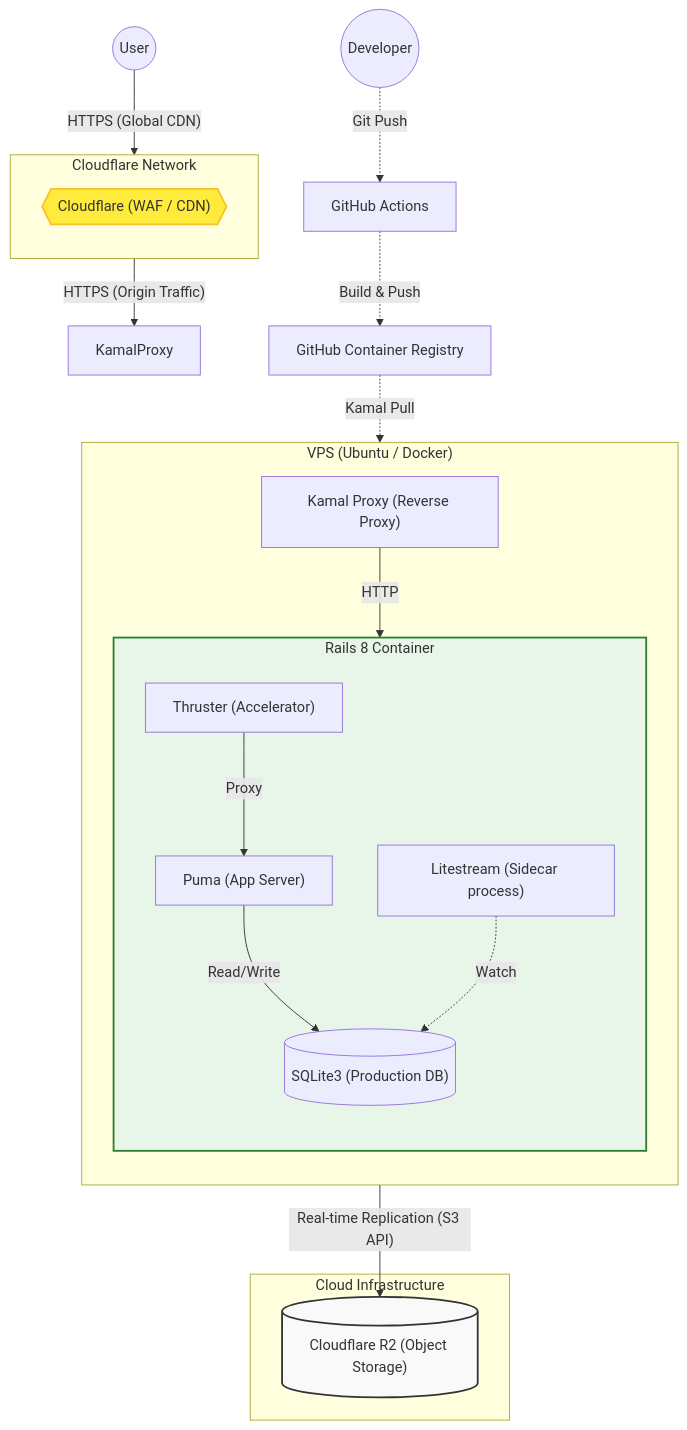
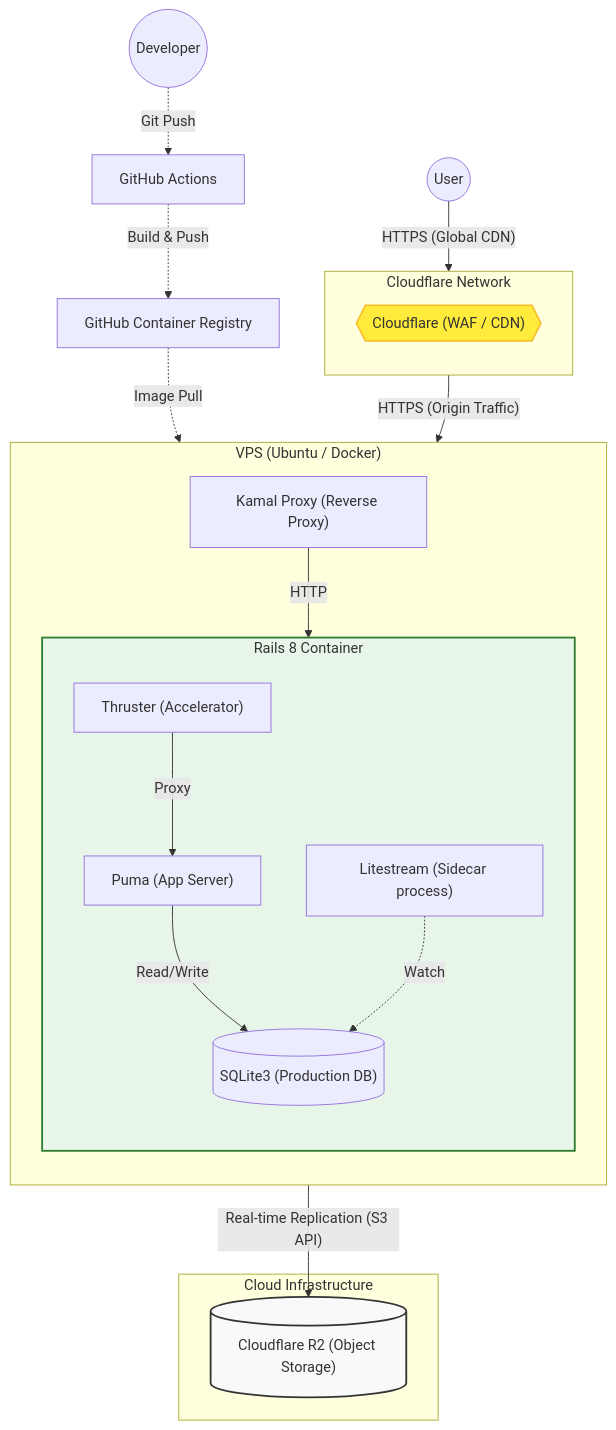
The second of 2 diagrams in README.md (php8-study/php8-study-app), drawn with Mermaid before and after one commit.

Commit message:
READMEを修正

````diff
--- a/README.md
+++ b/README.md
@@ -211,42 +211,42 @@
 ```mermaid
 graph TD
     classDef cloud fill:#f9f9f9,stroke:#333,stroke-width:2px;
     classDef cf fill:#ffeb3b,stroke:#fbc02d,stroke-width:2px;
     classDef storage fill:#e1f5fe,stroke:#0277bd,stroke-width:2px;
     classDef app fill:#e8f5e9,stroke:#2e7d32,stroke-width:2px;
 
     User((User)) -->|"HTTPS (Global CDN)"| Cloudflare
 
     subgraph Security ["Cloudflare Network"]
         direction TB
         Cloudflare{{"Cloudflare (WAF / CDN)"}}:::cf
     end
 
     Cloudflare -->|"HTTPS (Origin Traffic)"| KamalProxy
 
     subgraph VPS ["VPS (Ubuntu / Docker)"]
         direction TB
-        Traefik["Kamal Proxy (Reverse Proxy)"] -->|HTTP| Thruster
+        KamalProxy["Kamal Proxy (Reverse Proxy)"] -->|HTTP| Thruster
 
         subgraph AppContainer ["Rails 8 Container"]
             direction TB
             Thruster["Thruster (Accelerator)"] -->|Proxy| Puma["Puma (App Server)"]
             Puma -->|"Read/Write"| SQLite[("SQLite3 (Production DB)")]
 
             Litestream["Litestream (Sidecar process)"] -.->|Watch| SQLite
         end
     end
 
     subgraph Cloud ["Cloud Infrastructure"]
         R2[("Cloudflare R2 (Object Storage)")]:::storage
     end
 
     Litestream -->|"Real-time Replication (S3 API)"| R2
 
     Dev((Developer)) -.->|"Git Push"| GitHub["GitHub Actions"]
     GitHub -.->|"Build & Push"| Registry["GitHub Container Registry"]
-    Registry -.->|"Kamal Pull"| VPS
+    Registry -.->|"Image Pull"| VPS
 
     class R2 cloud
     class AppContainer app
 ```
````
